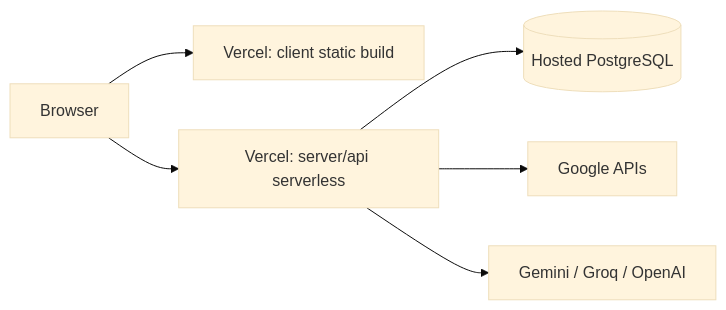
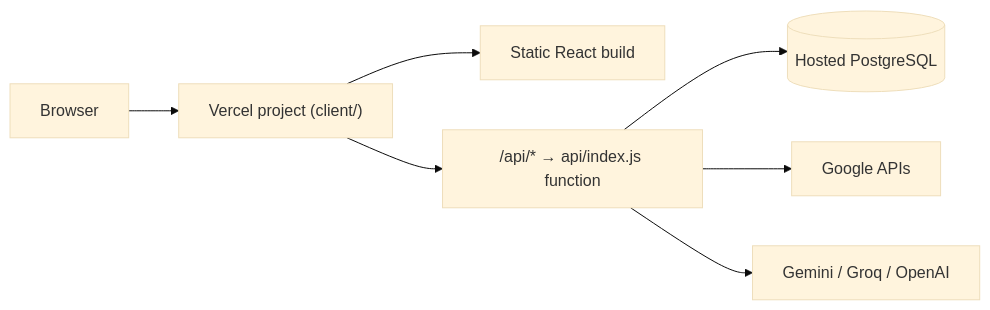
The sixth of 6 diagrams in docs/system-design.md (derko510/Calendar-AI), drawn with Mermaid (base theme) before and after one commit. The commit also changed 50 other files, not shown here.

First line of the commit message:
Merge the server into the client project for a single Vercel deploy

````diff
--- a/docs/system-design.md
+++ b/docs/system-design.md
@@ -177,8 +177,9 @@
 ```mermaid
 flowchart LR
-  Browser --> VC[Vercel: client static build]
-  Browser --> VS[Vercel: server/api serverless]
+  Browser --> V["Vercel project (client/)"]
+  V --> VC[Static React build]
+  V --> VS["/api/* → api/index.js function"]
   VS --> PG[(Hosted PostgreSQL)]
   VS --> GAPI[Google APIs]
   VS --> LLMs[Gemini / Groq / OpenAI]
 ```
````
